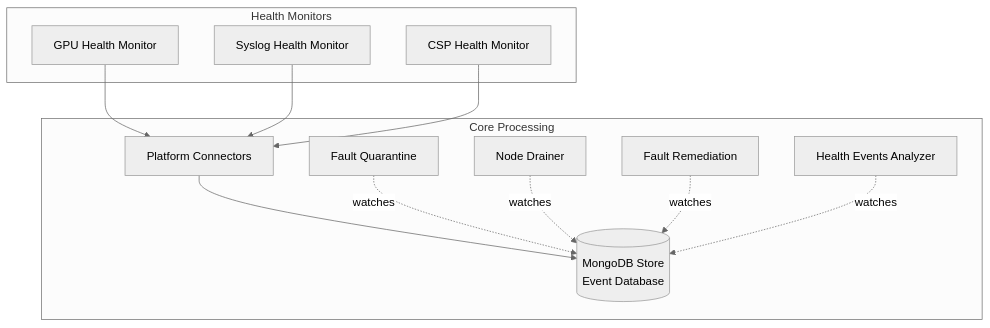
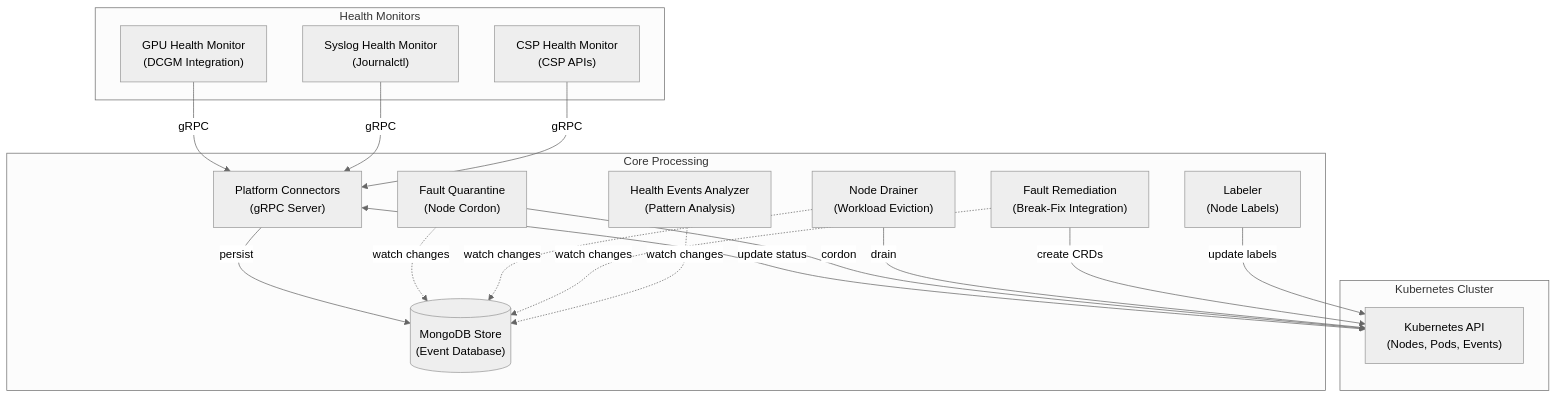
One commit to rupalis-nv/NVSentinel changed the diagram in README.md. Above: the diagram before and after it, drawn with Mermaid (neutral theme). The commit also changed other lines of this file and 11 other files, not shown here.

````diff
--- a/README.md
+++ b/README.md
@@ -130,29 +105,42 @@
 ```mermaid
 graph TB
     subgraph "Health Monitors"
-        GPU["GPU Health Monitor"]
-        SYS["Syslog Health Monitor"]
-        CSP["CSP Health Monitor"]
+        GPU["GPU Health Monitor<br/>(DCGM Integration)"]
+        SYS["Syslog Health Monitor<br/>(Journalctl)"]
+        CSP["CSP Health Monitor<br/>(CSP APIs)"]
     end
     
     subgraph "Core Processing"
-        PC["Platform Connectors"]
-        STORE[("MongoDB Store<br/>Event Database")]
-        FQ["Fault Quarantine"]
-        ND["Node Drainer"]
-        FR["Fault Remediation"]
-        HEA["Health Events Analyzer"]
+        PC["Platform Connectors<br/>(gRPC Server)"]
+        STORE[("MongoDB Store<br/>(Event Database)")]
+        FQ["Fault Quarantine<br/>(Node Cordon)"]
+        ND["Node Drainer<br/>(Workload Eviction)"]
+        FR["Fault Remediation<br/>(Break-Fix Integration)"]
+        HEA["Health Events Analyzer<br/>(Pattern Analysis)"]
+        LBL["Labeler<br/>(Node Labels)"]
     end
     
-    GPU --> PC
-    SYS --> PC
-    CSP --> PC
-
+    subgraph "Kubernetes Cluster"
+        K8S["Kubernetes API<br/>(Nodes, Pods, Events)"]
+    end
     
-    PC --> STORE
+    GPU -->|gRPC| PC
+    SYS -->|gRPC| PC
+    CSP -->|gRPC| PC
     
-    FQ -.->|watches| STORE
-    ND -.->|watches| STORE
-    FR -.->|watches| STORE
-    HEA -.->|watches| STORE
+    PC -->|persist| STORE
+    PC <-->|update status| K8S
+    
+    FQ -.->|watch changes| STORE
+    FQ -->|cordon| K8S
+    
+    ND -.->|watch changes| STORE
+    ND -->|drain| K8S
+    
+    FR -.->|watch changes| STORE
+    FR -->|create CRDs| K8S
+    
+    HEA -.->|watch changes| STORE
+    
+    LBL -->|update labels| K8S
 ```
````
